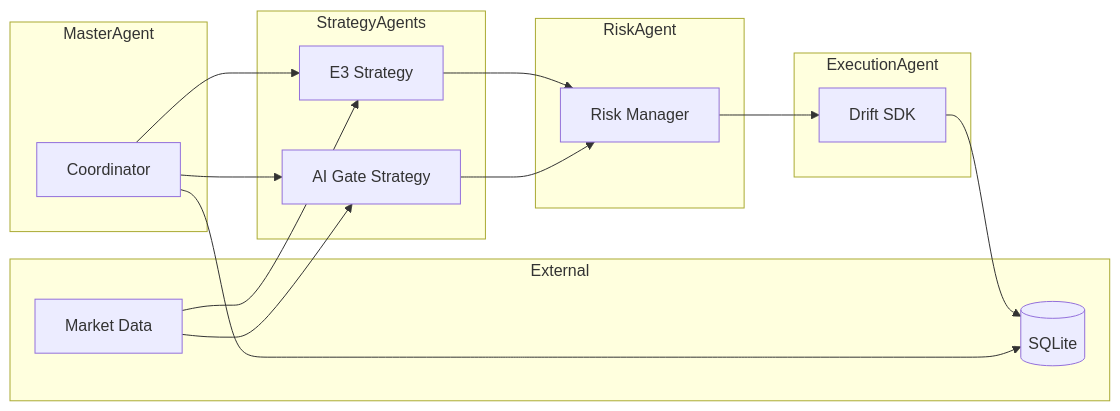
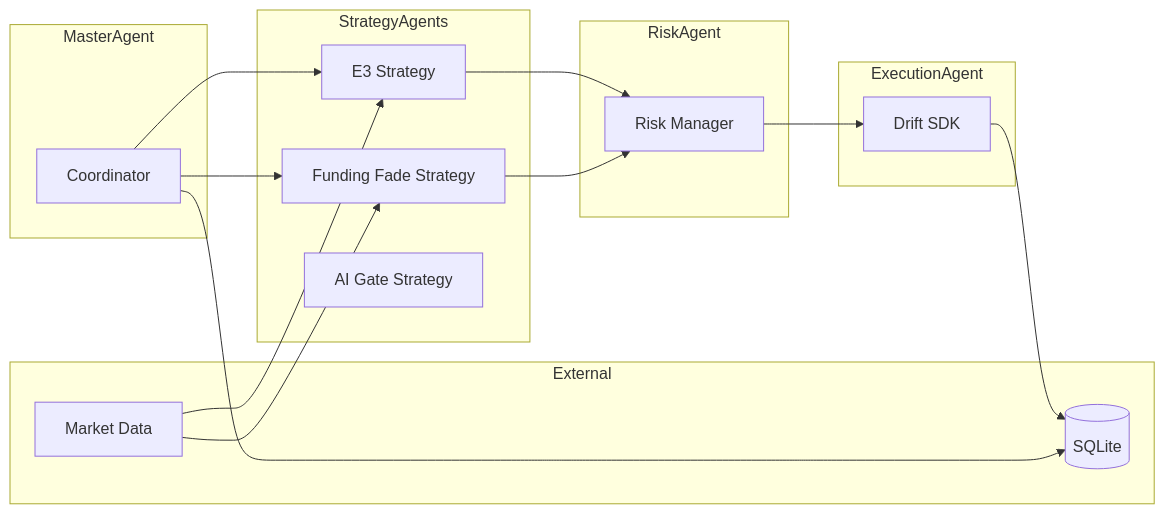
Before and after one commit to FastyFresh/drift-e3-bot: the first of 2 diagrams in docs/ARCHITECTURE_GUIDE.md, drawn with Mermaid. The commit also changed other lines of this file and 3 other files, not shown here.

Commit message:
[v0.6.2] Documentation updated for Funding Fade implementation, roadmap progress, and architecture integration.

````diff
--- a/docs/ARCHITECTURE_GUIDE.md
+++ b/docs/ARCHITECTURE_GUIDE.md
@@ -50,34 +50,35 @@
 ```mermaid
 flowchart LR
     subgraph MasterAgent
       M1[Coordinator]
     end
 
     subgraph StrategyAgents
       S1[E3 Strategy]
-      S2[AI Gate Strategy]
+      S2[Funding Fade Strategy]
+      S3[AI Gate Strategy]
     end
 
     subgraph RiskAgent
       R1[Risk Manager]
     end
 
     subgraph ExecutionAgent
       E1[Drift SDK]
     end
 
     subgraph External
       DB[(SQLite)]
       MD[Market Data]
     end
 
     M1 --> S1
     M1 --> S2
     S1 --> R1
     S2 --> R1
     R1 --> E1
     E1 --> DB
     M1 --> DB
     MD --> S1
     MD --> S2
 ```
````
